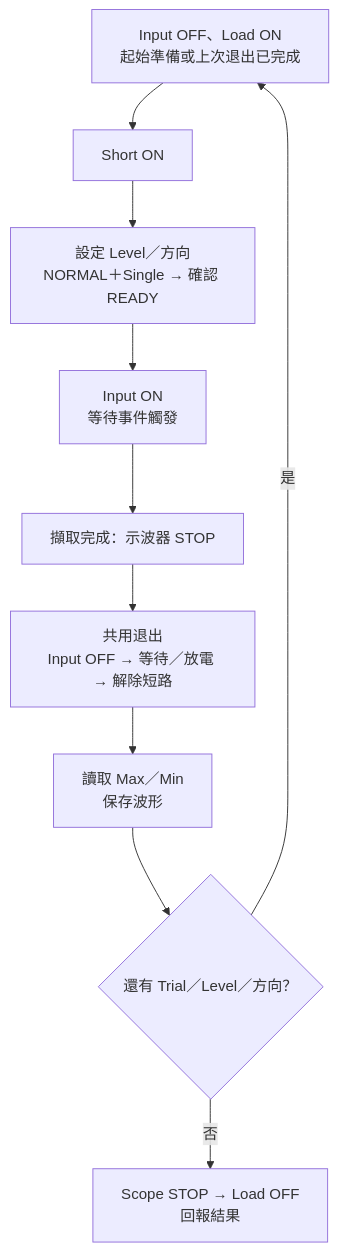
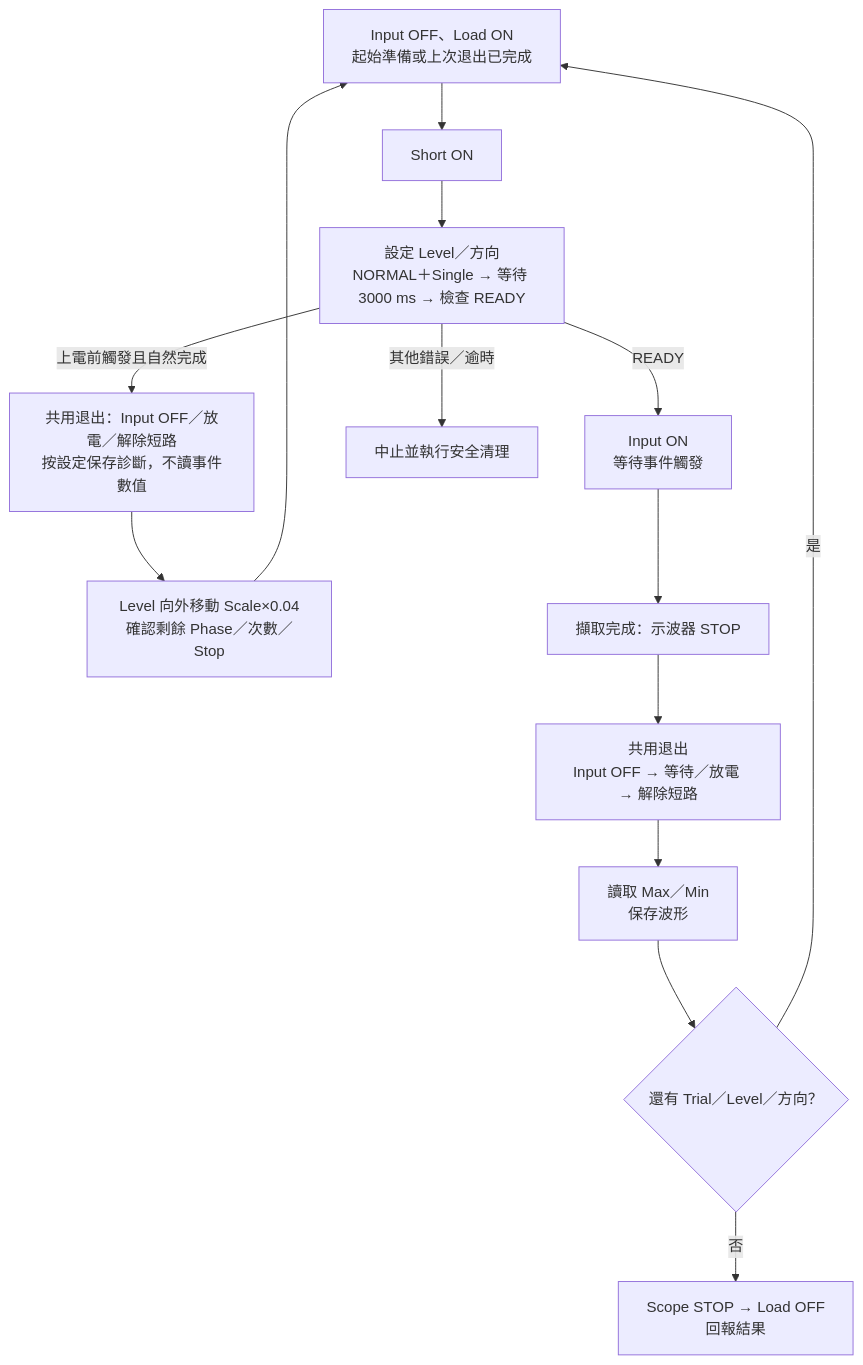
Before and after one commit to Jaxon-Su/ElectronicATE: the second of 6 diagrams in MEASUREMENT_STRATEGIES.md, drawn with Mermaid. The commit also changed other lines of this file and 89 other files, not shown here.

````diff
--- a/MEASUREMENT_STRATEGIES.md
+++ b/MEASUREMENT_STRATEGIES.md
@@ -134,12 +144,16 @@
 ```mermaid
 flowchart TD
     A["Input OFF、Load ON<br/>起始準備或上次退出已完成"] --> B["Short ON"]
-    B --> C["設定 Level／方向<br/>NORMAL＋Single → 確認 READY"]
-    C --> D["Input ON<br/>等待事件觸發"]
+    B --> C["設定 Level／方向<br/>NORMAL＋Single → 等待 3000 ms → 檢查 READY"]
+    C -->|"READY"| D["Input ON<br/>等待事件觸發"]
+    C -->|"上電前觸發且自然完成"| J["共用退出：Input OFF／放電／解除短路<br/>按設定保存診斷，不讀事件數值"]
+    J --> K["Level 向外移動 Scale×0.04<br/>確認剩餘 Phase／次數／Stop"]
+    K --> A
+    C -->|"其他錯誤／逾時"| L["中止並執行安全清理"]
     D --> E["擷取完成：示波器 STOP"]
     E --> F["共用退出<br/>Input OFF → 等待／放電 → 解除短路"]
     F --> G["讀取 Max／Min<br/>保存波形"]
     G --> H{"還有 Trial／Level／方向？"}
     H -->|"是"| A
     H -->|"否"| I["Scope STOP → Load OFF<br/>回報結果"]
 ```
````
